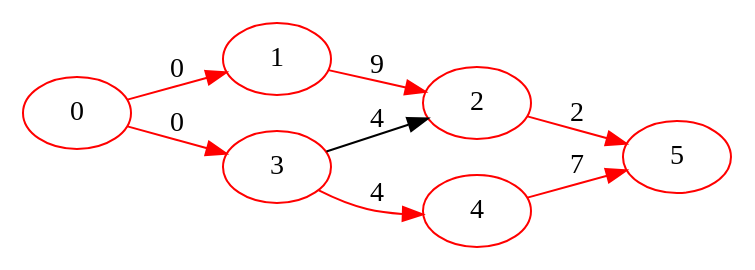
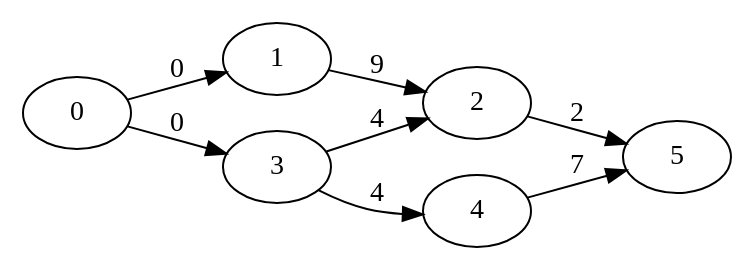
The diagram in out/13.gv (avivi55/graphs), drawn with Graphviz before and after one commit. The commit also changed 59 other files, not shown here.

```diff
--- a/out/13.gv
+++ b/out/13.gv
@@ -1,15 +1,9 @@
 digraph { rankdir=LR
-    "1" [color="red" label="1"]
-    "2" [color="red" label="2"]
-    "3" [color="red" label="3"]
-    "4" [color="red" label="4"]
-    "0" [color="red" label="0"]
-    "5" [color="red" label="5"]
-    "1" -> "2" [label="9" color="red" ]
-    "2" -> "5" [label="2" color="red" ]
+    "1" -> "2" [label="9" ]
+    "2" -> "5" [label="2" ]
     "3" -> "2" [label="4" ]
-    "3" -> "4" [label="4" color="red" ]
-    "4" -> "5" [label="7" color="red" ]
-    "0" -> "1" [label="0" color="red" color="red" ]
-    "0" -> "3" [label="0" color="red" color="red" ]
+    "3" -> "4" [label="4" ]
+    "4" -> "5" [label="7" ]
+    "0" -> "1" [label="0" ]
+    "0" -> "3" [label="0" ]
 }
```
